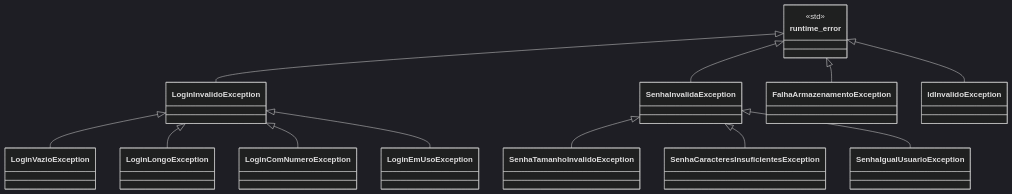
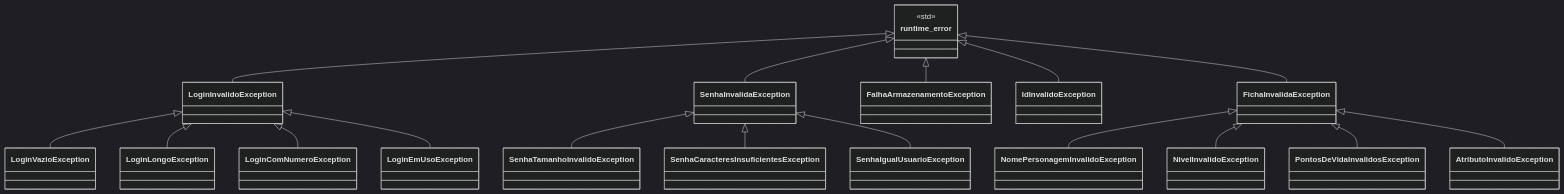
One commit to isac531/Gerenciador_RPG changed the third of 3 diagrams in docs/08-projeto.md. Above: the diagram before and after it, drawn with Mermaid (dark theme). The commit also changed other lines of this file and 20 other files, not shown here.

````diff
--- a/docs/08-projeto.md
+++ b/docs/08-projeto.md
@@ -174,16 +346,21 @@
 ```mermaid
 classDiagram
     direction TB
     class runtime_error { <<std>> }
     runtime_error <|-- LoginInvalidoException
     runtime_error <|-- SenhaInvalidaException
     runtime_error <|-- FalhaArmazenamentoException
     runtime_error <|-- IdInvalidoException
+    runtime_error <|-- FichaInvalidaException
+    FichaInvalidaException <|-- NomePersonagemInvalidoException
+    FichaInvalidaException <|-- NivelInvalidoException
+    FichaInvalidaException <|-- PontosDeVidaInvalidosException
+    FichaInvalidaException <|-- AtributoInvalidoException
     LoginInvalidoException <|-- LoginVazioException
     LoginInvalidoException <|-- LoginLongoException
     LoginInvalidoException <|-- LoginComNumeroException
     LoginInvalidoException <|-- LoginEmUsoException
     SenhaInvalidaException <|-- SenhaTamanhoInvalidoException
     SenhaInvalidaException <|-- SenhaCaracteresInsuficientesException
     SenhaInvalidaException <|-- SenhaIgualUsuarioException
 ```
````
